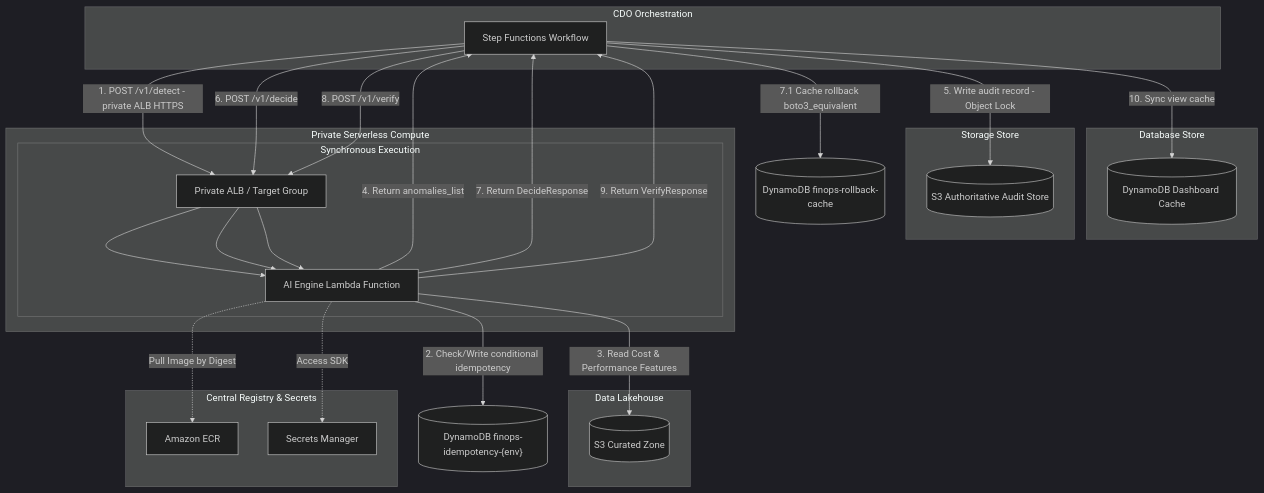
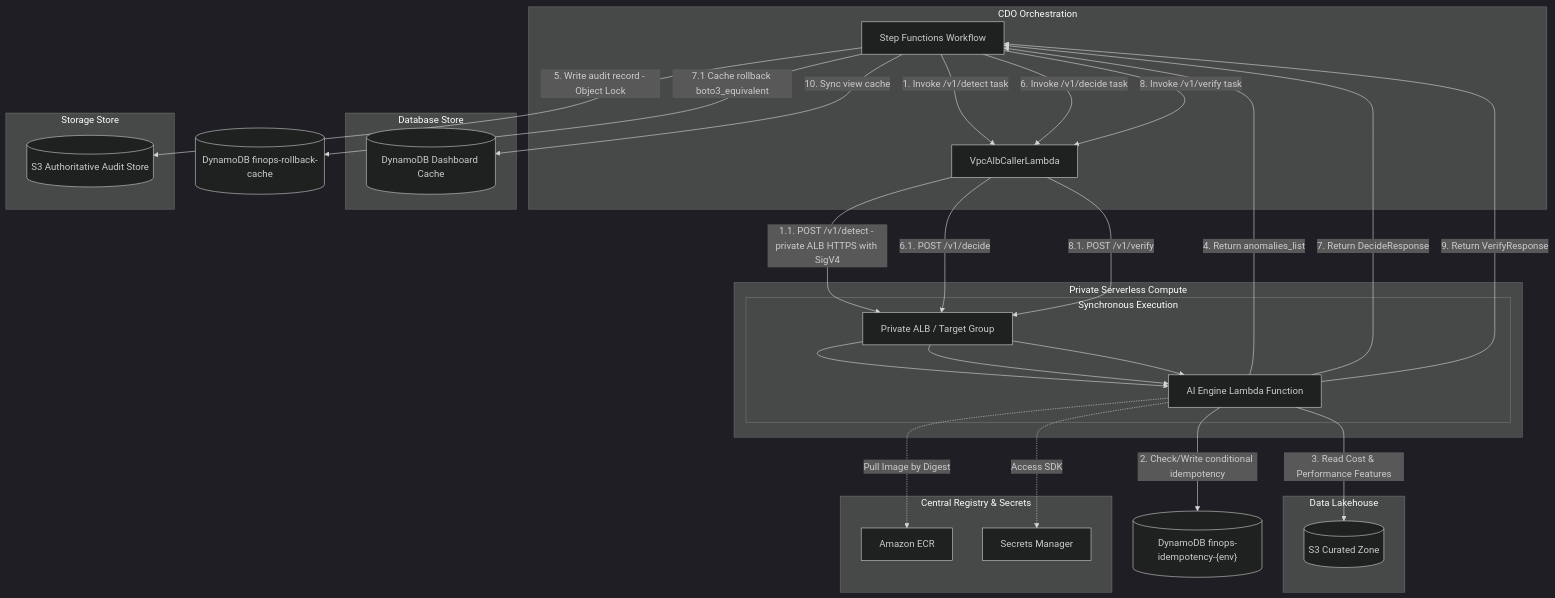
The fourth of 6 diagrams in docs/tf2-finops/02_infra_design.md (hungxqt/tf2-finops-iac), drawn with Mermaid (dark theme) before and after one commit. The commit also changed other lines of this file, not shown here.

Commit message:
Docs: align infra diagram with VPC ALB caller

````diff
--- a/docs/tf2-finops/02_infra_design.md
+++ b/docs/tf2-finops/02_infra_design.md
@@ -179,49 +187,53 @@
 ```mermaid
 graph TB
     subgraph "CDO Orchestration"
         SF[Step Functions Workflow]
+        VpcAlbCaller[VpcAlbCallerLambda]
     end
 
     subgraph "Data Lakehouse"
         CuratedS3[("S3 Curated Zone")]
     end
 
     subgraph "Database Store"
         DDB[("DynamoDB Dashboard Cache")]
     end
 
     subgraph "Storage Store"
         S3Audit[("S3 Authoritative Audit Store")]
     end
 
     subgraph "Private Serverless Compute"
         subgraph "Synchronous Execution"
             ALB[Private ALB / Target Group]
             AILambda[AI Engine Lambda Function]
         end
     end
     
     subgraph "Central Registry & Secrets"
         ECR[Amazon ECR]
         SM[Secrets Manager]
     end
 
     %% Flow
-    SF -->|1. POST /v1/detect - private ALB HTTPS| ALB
+    SF -->|1. Invoke /v1/detect task| VpcAlbCaller
+    VpcAlbCaller -->|1.1. POST /v1/detect - private ALB HTTPS with SigV4| ALB
     ALB --> AILambda
     AILambda -->|2. Check/Write conditional idempotency| DDBIdempotency[("DynamoDB finops-idempotency-{env}")]
     AILambda -->|3. Read Cost & Performance Features| CuratedS3
     AILambda -->|4. Return anomalies_list| SF
     SF -->|5. Write audit record - Object Lock| S3Audit
-    SF -->|6. POST /v1/decide| ALB
+    SF -->|6. Invoke /v1/decide task| VpcAlbCaller
+    VpcAlbCaller -->|6.1. POST /v1/decide| ALB
     ALB --> AILambda
     AILambda -->|7. Return DecideResponse| SF
     SF -->|7.1 Cache rollback boto3_equivalent| DDBRollback[("DynamoDB finops-rollback-cache")]
-    SF -->|8. POST /v1/verify| ALB
+    SF -->|8. Invoke /v1/verify task| VpcAlbCaller
+    VpcAlbCaller -->|8.1. POST /v1/verify| ALB
     ALB --> AILambda
     AILambda -->|9. Return VerifyResponse| SF
     SF -->|10. Sync view cache| DDB
     
     AILambda -.->|Pull Image by Digest| ECR
     AILambda -.->|Access SDK| SM
 ```
````
